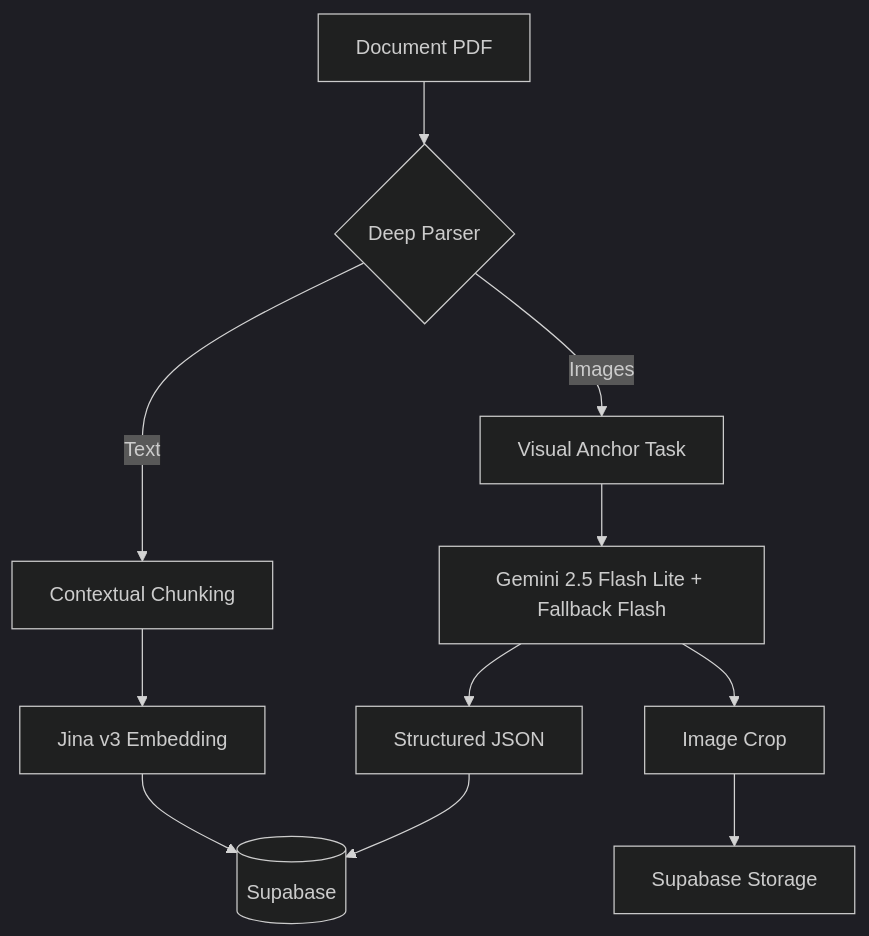
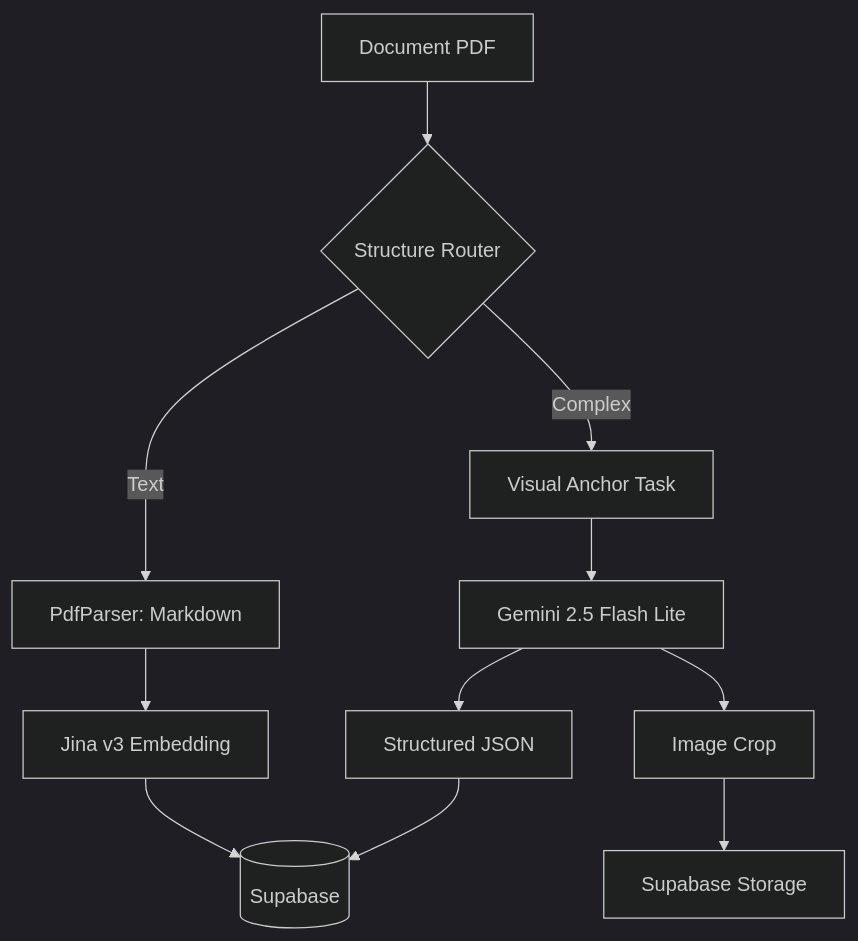
One commit to mcalza96/CIRE-RAG changed the second of 3 diagrams in rag-ingestion/docs/one-page-architecture.md. Above: the diagram before and after it, drawn with Mermaid (dark theme). The commit also changed other lines of this file and 25 other files, not shown here.

Commit message:
docs: update architecture diagrams and flows to reflect atomic engine and bootstrap fix

````diff
--- a/rag-ingestion/docs/one-page-architecture.md
+++ b/rag-ingestion/docs/one-page-architecture.md
@@ -35,16 +33,16 @@
 ```mermaid
 flowchart TD
-    In[Document PDF] --> P{Deep Parser}
-    P -->|Text| C[Contextual Chunking]
-    P -->|Images| V[Visual Anchor Task]
+    In[Document PDF] --> Router{Structure Router}
+    Router -->|Text| P[PdfParser: Markdown]
+    Router -->|Complex| V[Visual Anchor Task]
     
-    C --> J[Jina v3 Embedding]
-    V --> VLM[Gemini 2.5 Flash Lite + Fallback Flash]
+    P --> J[Jina v3 Embedding]
+    V --> VLM[Gemini 2.5 Flash Lite]
     
     VLM --> S[Structured JSON]
     VLM --> CR[Image Crop]
     
     S --> DB[(Supabase)]
     CR --> ST[Supabase Storage]
     J --> DB
 ```
````
